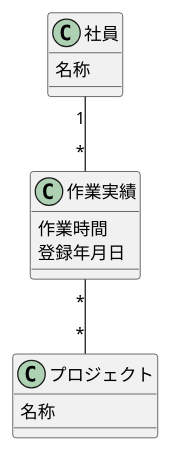
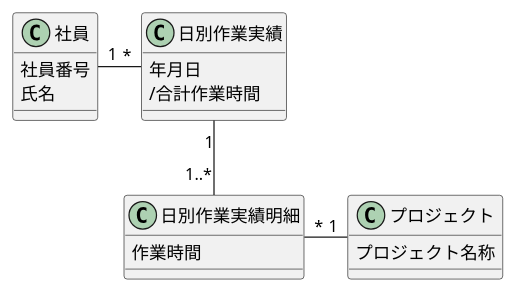
The diagram in ch06/excercise/6-1.puml (yinm/uml-modeling-lesson), drawn with PlantUML before and after one commit. The commit also changed 3 other files, not shown here.

```diff
--- a/ch06/excercise/6-1.puml
+++ b/ch06/excercise/6-1.puml
@@ -1,20 +1,26 @@
 @startuml
 
 class 社員 {
-  名称
+  社員番号
+  氏名
 }
 
-class 作業実績 {
+class 日別作業実績 {
+  年月日
+  /合計作業時間
+}
+
+class 日別作業実績明細 {
   作業時間
-  登録年月日
 }
 
 class プロジェクト {
-  名称
+  プロジェクト名称
 }
 
-社員 "1"--"*" 作業実績
-作業実績 "*"--"*" プロジェクト
+社員 "1"-r-"*" 日別作業実績
+日別作業実績 "1"--"1..*" 日別作業実績明細
+日別作業実績明細 "*"-r-"1" プロジェクト
 
 
 @enduml
```
